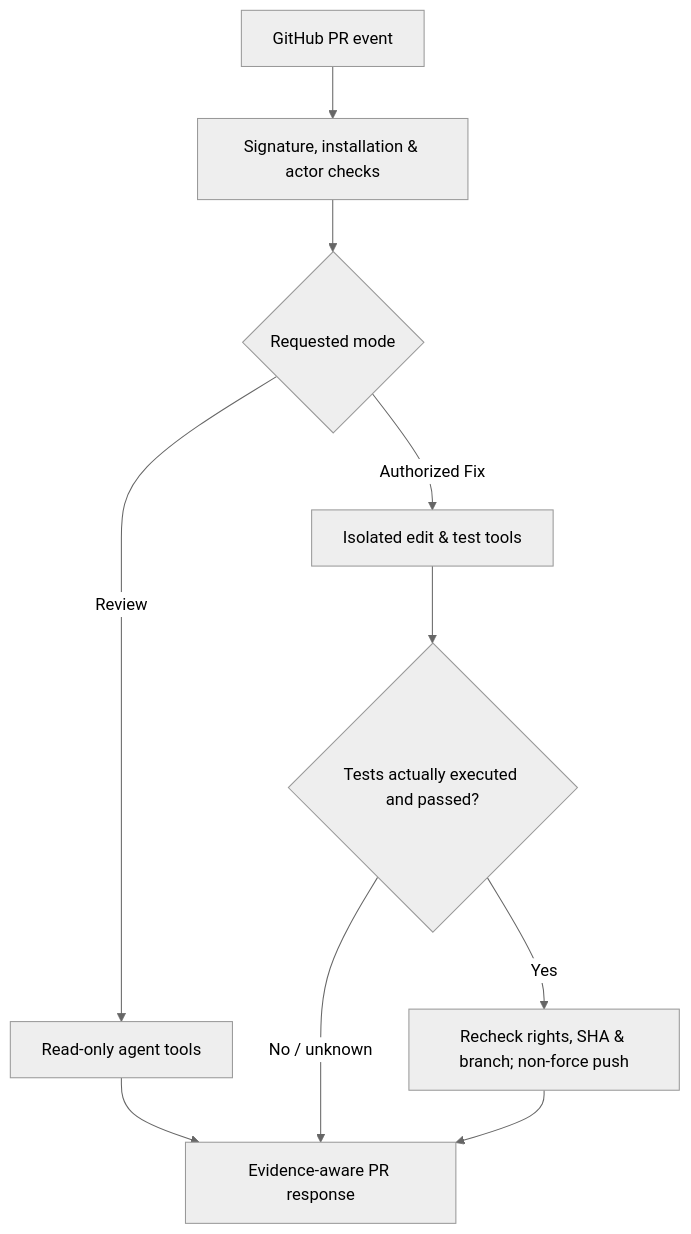
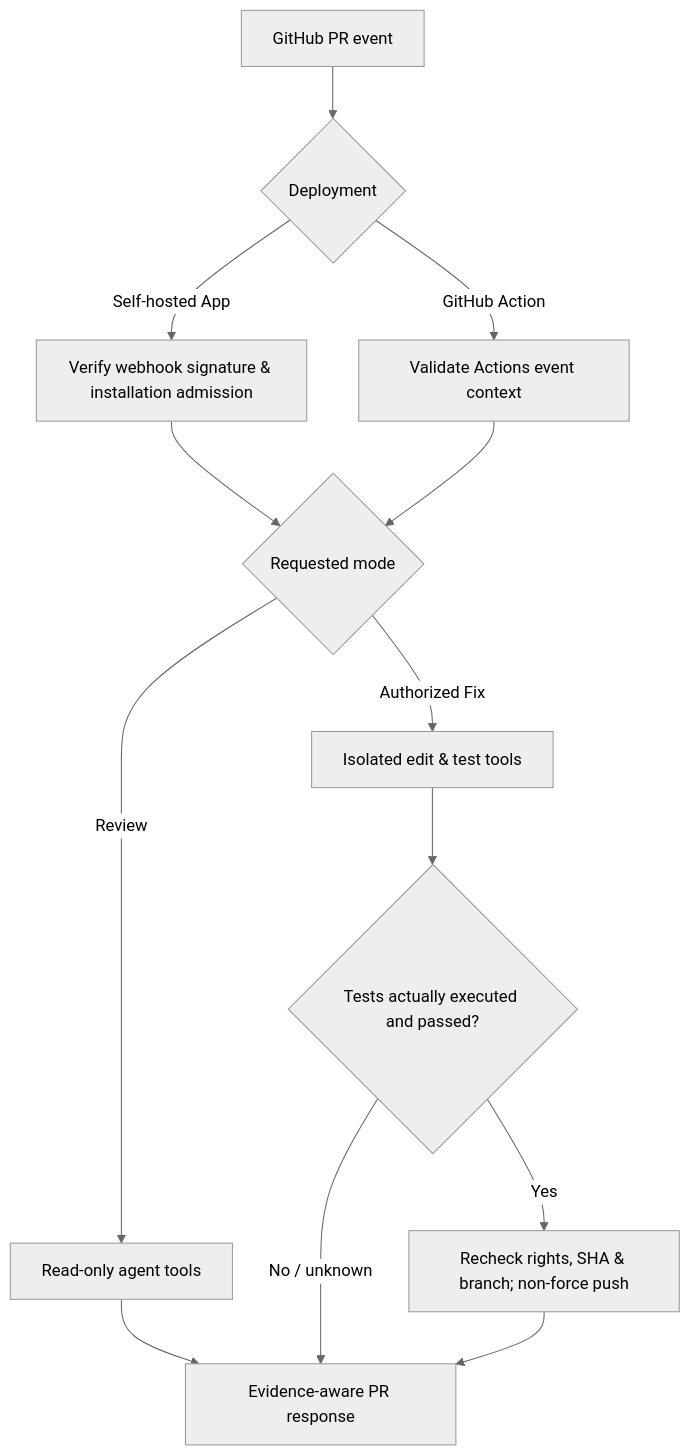
Before and after one commit to imMamdouhaboammar/openreview: the diagram in README.md, drawn with Mermaid (neutral theme).

Commit message:
docs: distinguish GitHub App webhook trust from Actions events

````diff
--- a/README.md
+++ b/README.md
@@ -247,12 +247,15 @@
 ```mermaid
 flowchart TD
-    GH["GitHub PR event"] --> Gate["Signature, installation & actor checks"]
-    Gate --> Mode{"Requested mode"}
+    GH["GitHub PR event"] --> Entry{"Deployment"}
+    Entry -->|Self-hosted App| Signed["Verify webhook signature & installation admission"]
+    Entry -->|GitHub Action| Action["Validate Actions event context"]
+    Signed --> Mode{"Requested mode"}
+    Action --> Mode
     Mode -->|Review| RO["Read-only agent tools"]
     Mode -->|Authorized Fix| RW["Isolated edit & test tools"]
     RO --> Report["Evidence-aware PR response"]
     RW --> Verify{"Tests actually executed and passed?"}
     Verify -->|No / unknown| Report
     Verify -->|Yes| Publish["Recheck rights, SHA & branch; non-force push"]
     Publish --> Report
 ```
````
